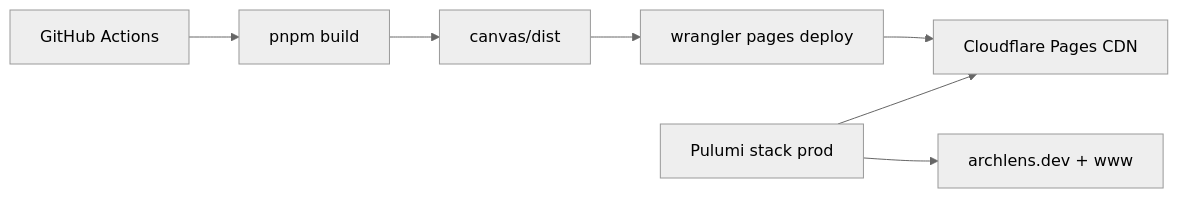
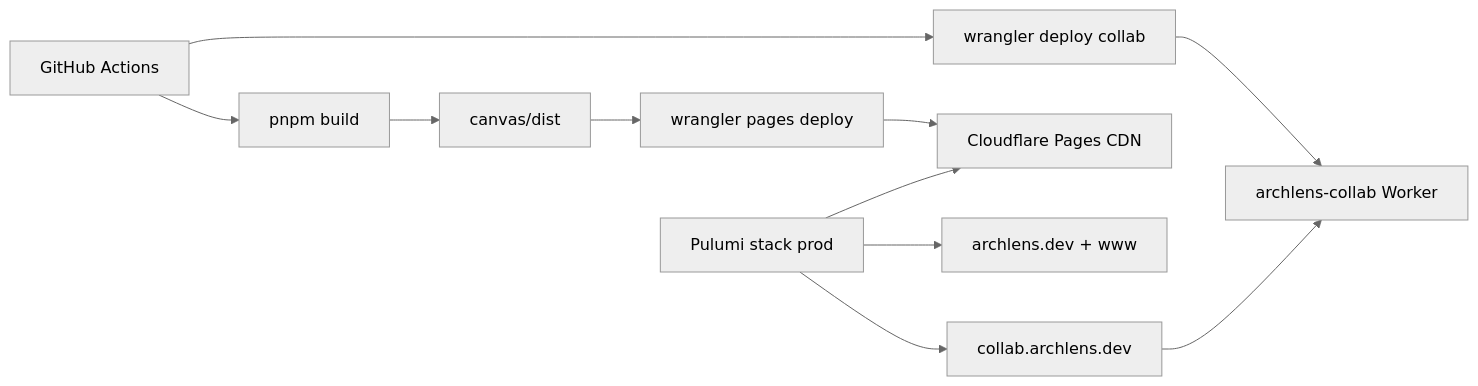
Before and after one commit to mzworthington/archlens: the diagram in docs/tech-stack.md, drawn with Mermaid (neutral theme). The commit also changed other lines of this file and 14 other files, not shown here.

Commit message:
feat(collab): integrate collab Worker deployment into CI and update documentation

````diff
--- a/docs/tech-stack.md
+++ b/docs/tech-stack.md
@@ -81,9 +81,13 @@
 ```mermaid
 flowchart LR
   GHA[GitHub Actions] --> Build[pnpm build]
   Build --> Dist[canvas/dist]
-  Dist --> Wrangler[wrangler pages deploy]
-  Wrangler --> CFP[Cloudflare Pages CDN]
+  Dist --> PagesDeploy[wrangler pages deploy]
+  GHA --> CollabDeploy[wrangler deploy collab]
+  PagesDeploy --> CFP[Cloudflare Pages CDN]
+  CollabDeploy --> CollabWorker[archlens-collab Worker]
   Pulumi[Pulumi stack prod] --> CFP
   Pulumi --> Domains[archlens.dev + www]
+  Pulumi --> CollabHost[collab.archlens.dev]
+  CollabHost --> CollabWorker
 ```
````
